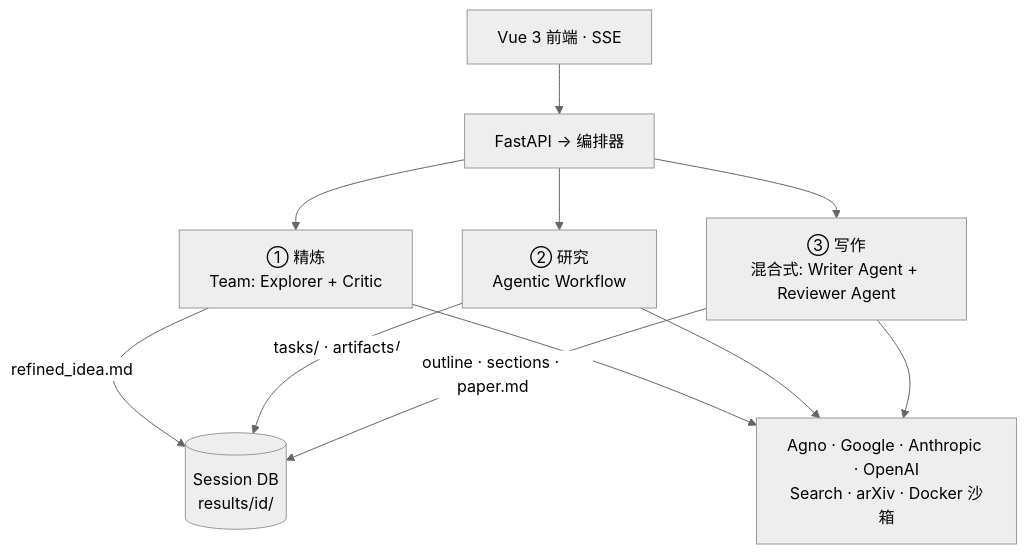
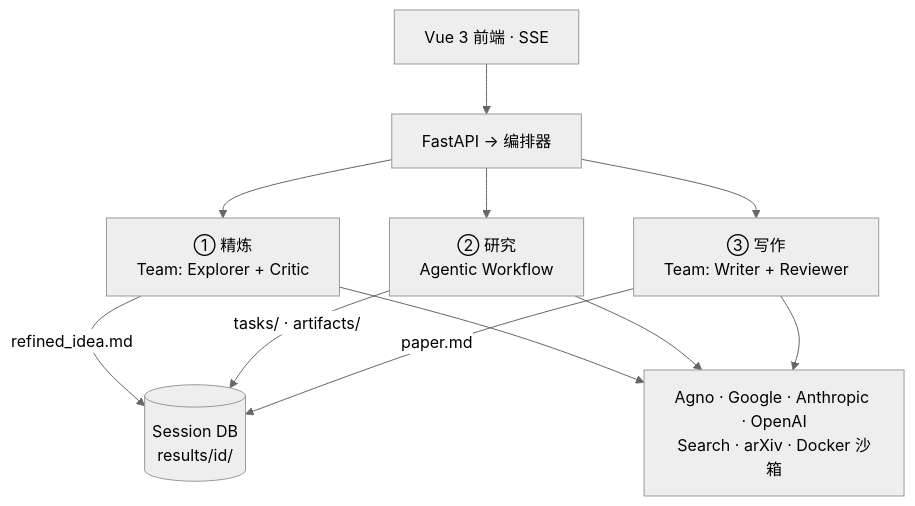
The second of 2 diagrams in README_CN.md (dozybot001/MAARS), drawn with Mermaid (neutral theme) before and after one commit. The commit also changed 2 other files, not shown here.

````diff
--- a/README_CN.md
+++ b/README_CN.md
@@ -40,15 +40,15 @@
 ```mermaid
 flowchart TB
     UI["Vue 3 前端 · SSE"] --> API["FastAPI → 编排器"]
 
     API --> REF["① 精炼\nTeam: Explorer + Critic"]
     API --> RES["② 研究\nAgentic Workflow"]
-    API --> WRI["③ 写作\n混合式: Writer Agent + Reviewer Agent"]
+    API --> WRI["③ 写作\nTeam: Writer + Reviewer"]
 
     REF -- "refined_idea.md" --> DB
     RES -- "tasks/ · artifacts/" --> DB
-    WRI -- "outline · sections · paper.md" --> DB
+    WRI -- "paper.md" --> DB
     DB[(Session DB\nresults/id/)]
 
     REF & RES & WRI --> AGNO["Agno · Google · Anthropic · OpenAI\nSearch · arXiv · Docker 沙箱"]
 ```
````
